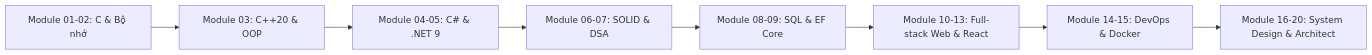
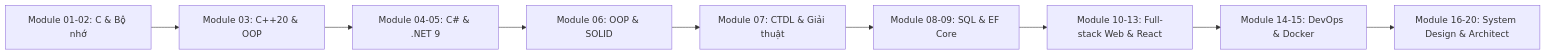
The diagram in fullstack-roadmap/index.md (Xuanthanh-dzz/full-stack), drawn with Mermaid before and after one commit. The commit also changed other lines of this file and 89 other files, not shown here.

````diff
--- a/fullstack-roadmap/index.md
+++ b/fullstack-roadmap/index.md
@@ -96,10 +114,11 @@
 ```mermaid
 graph LR
     A[Module 01-02: C & Bộ nhớ] --> B[Module 03: C++20 & OOP]
     B --> C[Module 04-05: C# & .NET 9]
-    C --> D[Module 06-07: SOLID & DSA]
-    D --> E[Module 08-09: SQL & EF Core]
-    E --> F[Module 10-13: Full-stack Web & React]
-    F --> G[Module 14-15: DevOps & Docker]
-    G --> H[Module 16-20: System Design & Architect]
+    C --> D[Module 06: OOP & SOLID]
+    D --> E[Module 07: CTDL & Giải thuật]
+    E --> F[Module 08-09: SQL & EF Core]
+    F --> G[Module 10-13: Full-stack Web & React]
+    G --> H[Module 14-15: DevOps & Docker]
+    H --> I[Module 16-20: System Design & Architect]
 ```
````
